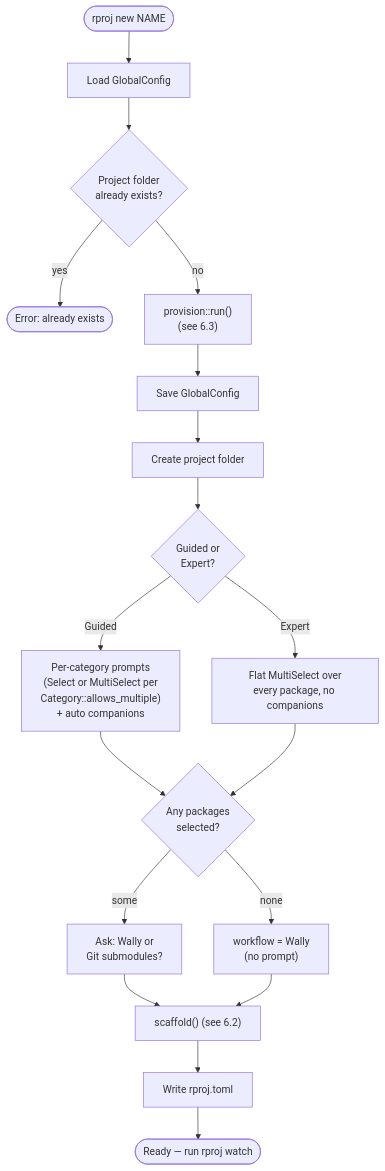
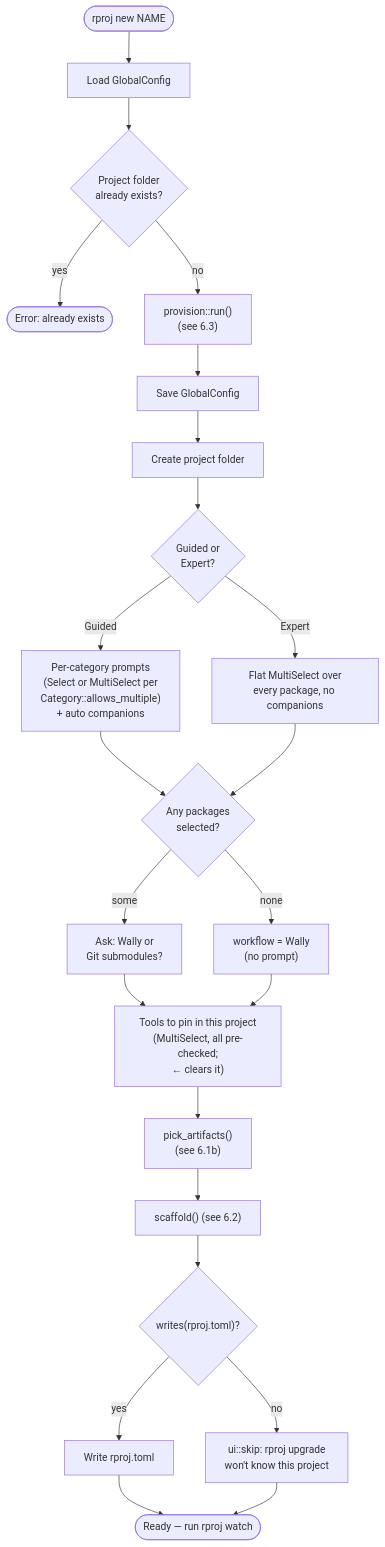
Before and after one commit to chatarabdelilah/rproj: the second of 7 diagrams in docs/architecture.md, drawn with Mermaid. The commit also changed other lines of this file and 11 other files, not shown here.

````diff
--- a/docs/architecture.md
+++ b/docs/architecture.md
@@ -364,20 +450,25 @@
 ```mermaid
 flowchart TD
     Start(["rproj new NAME"]) --> LoadConfig[Load GlobalConfig]
     LoadConfig --> CheckExists{Project folder\nalready exists?}
     CheckExists -- yes --> Fail(["Error: already exists"])
     CheckExists -- no --> Provision["provision::run()\n(see 6.3)"]
     Provision --> SaveConfig[Save GlobalConfig]
     SaveConfig --> CreateDir[Create project folder]
     CreateDir --> PickMode{Guided or\nExpert?}
     PickMode -- Guided --> Guided["Per-category prompts\n(Select or MultiSelect per\nCategory::allows_multiple)\n+ auto companions"]
     PickMode -- Expert --> Expert["Flat MultiSelect over\nevery package, no companions"]
     Guided --> PickWorkflow
     Expert --> PickWorkflow{Any packages\nselected?}
     PickWorkflow -- none --> WorkflowWally["workflow = Wally\n(no prompt)"]
     PickWorkflow -- some --> AskWorkflow["Ask: Wally or\nGit submodules?"]
-    AskWorkflow --> Scaffold
-    WorkflowWally --> Scaffold["scaffold() (see 6.2)"]
-    Scaffold --> WriteProjToml[Write rproj.toml]
-    WriteProjToml --> Done(["Ready — run rproj watch"])
+    AskWorkflow --> PickTools
+    WorkflowWally --> PickTools["Tools to pin in this project\n(MultiSelect, all pre-checked;\n← clears it)"]
+    PickTools --> PickFiles["pick_artifacts()\n(see 6.1b)"]
+    PickFiles --> Scaffold["scaffold() (see 6.2)"]
+    Scaffold --> WriteProjToml{"writes(rproj.toml)?"}
+    WriteProjToml -- yes --> Write[Write rproj.toml]
+    WriteProjToml -- no --> Skip["ui::skip: rproj upgrade\nwon't know this project"]
+    Write --> Done(["Ready — run rproj watch"])
+    Skip --> Done
 ```
````
